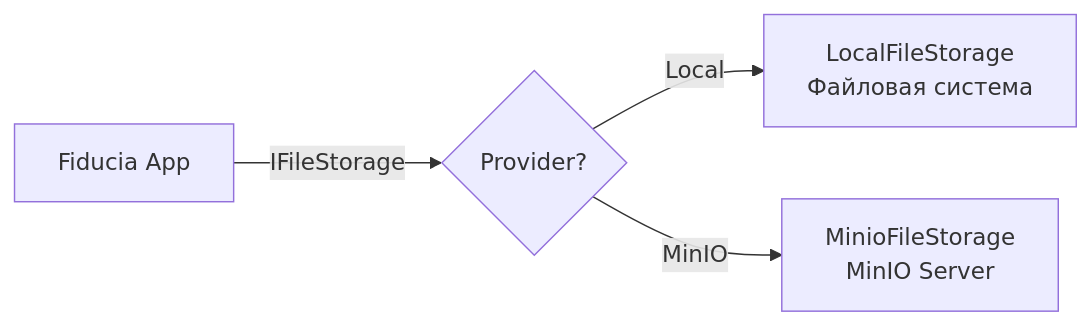
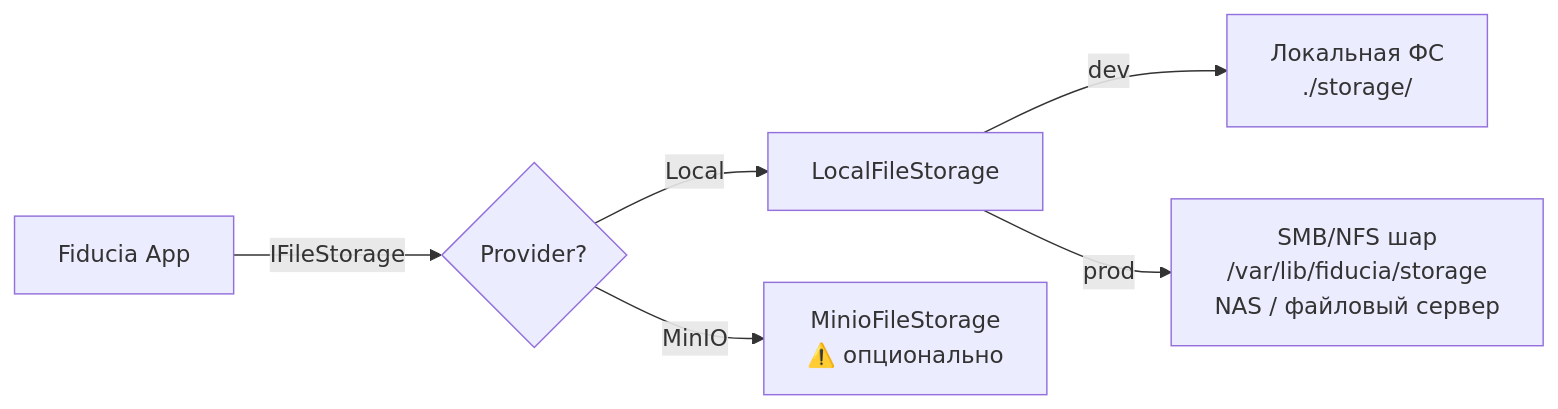
Before and after one commit to arsenyuk/SamorodinkaTech.Fiducia: the diagram in docs/integration.md, drawn with Mermaid. The commit also changed other lines of this file, not shown here.

First line of the commit message:
docs(integration): переработать статью о файловом хранилище — папочное (SMB/NFS) как основной подход

````diff
--- a/docs/integration.md
+++ b/docs/integration.md
@@ -662,6 +659,8 @@
 ```mermaid
 graph LR
     App[Fiducia App] --> |IFileStorage| Provider{Provider?}
-    Provider --> |Local| Local[LocalFileStorage<br>Файловая система]
-    Provider --> |MinIO| Minio[MinioFileStorage<br>MinIO Server]
+    Provider --> |Local| Local[LocalFileStorage]
+    Local --> |dev| DevFS[Локальная ФС<br>./storage/]
+    Local --> |prod| ProdFS[SMB/NFS шар<br>/var/lib/fiducia/storage<br>NAS / файловый сервер]
+    Provider --> |MinIO| Minio[MinioFileStorage<br>⚠️ опционально]
 ```
````
